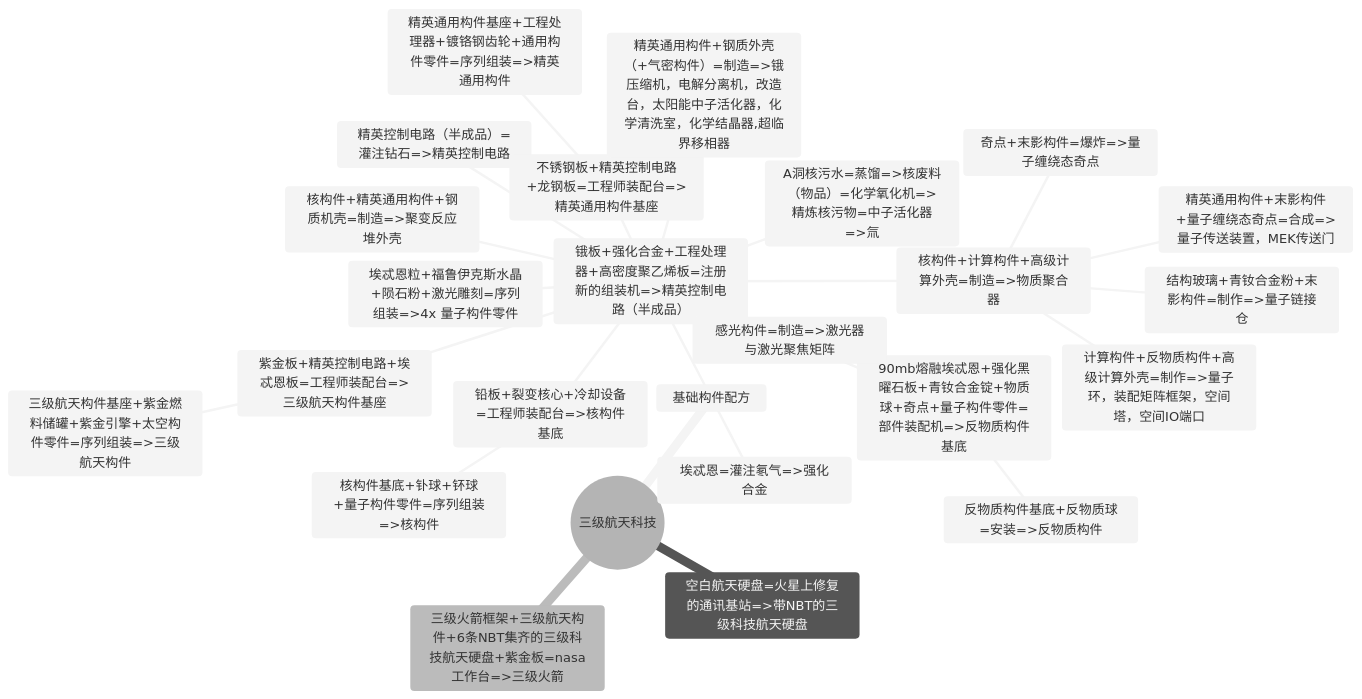
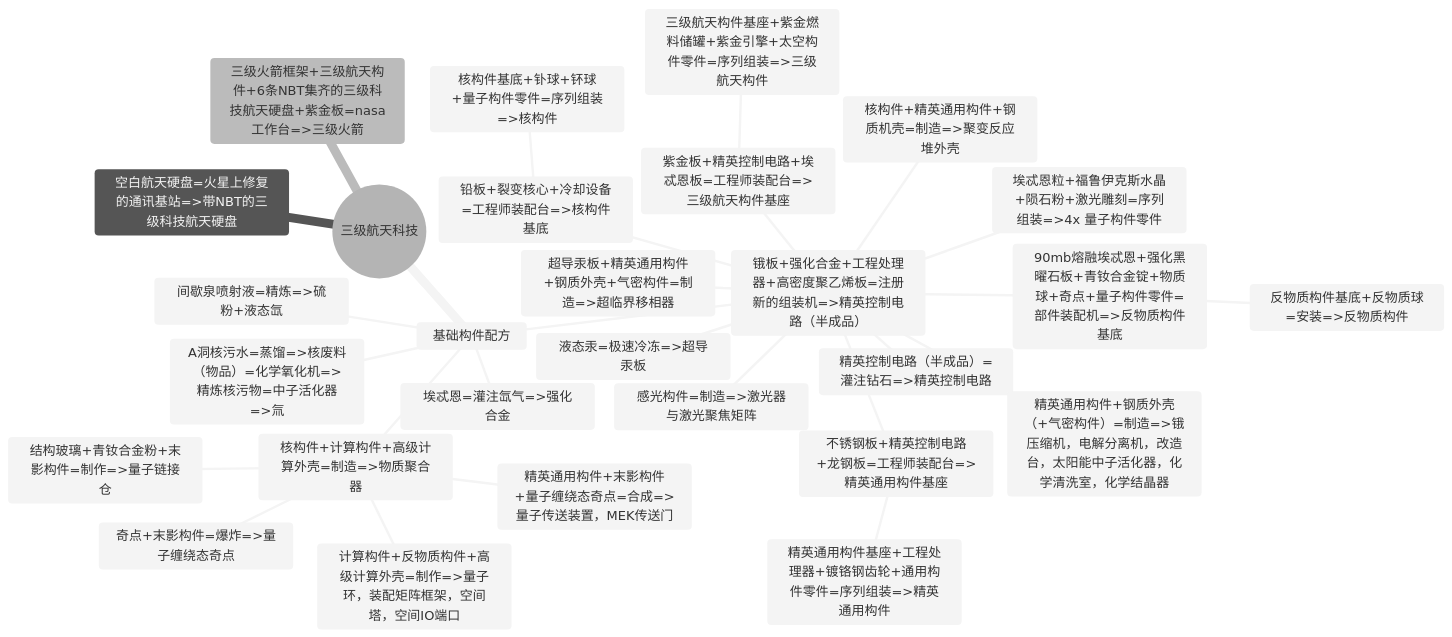
One commit to VechniMetel/CodeNameCIM2 changed the third of 4 diagrams in Developer/TechTreeMap.md. Above: the diagram before and after it, drawn with Mermaid (neutral theme). The commit also changed other lines of this file, not shown here.

Commit message:
间歇泉调整到火星

````diff
--- a/Developer/TechTreeMap.md
+++ b/Developer/TechTreeMap.md
@@ -82,28 +81,31 @@
 ``` mermaid
 mindmap
     root((三级航天科技))
         基础构件配方
-            埃忒恩=灌注氡气=>强化合金
-           锇板+强化合金+工程处理器+高密度聚乙烯板=注册新的组装机=>精英控制电路（半成品）
+            间歇泉喷射液=精炼=>硫粉+液态氙
+            埃忒恩=灌注氙气=>强化合金
+            锇板+强化合金+工程处理器+高密度聚乙烯板=注册新的组装机=>精英控制电路（半成品）
                 精英控制电路（半成品）=灌注钻石=>精英控制电路
                 紫金板+精英控制电路+埃忒恩板=工程师装配台=>三级航天构件基座
                     三级航天构件基座+紫金燃料储罐+紫金引擎+太空构件零件=序列组装=>三级航天构件
                 不锈钢板+精英控制电路+龙钢板=工程师装配台=>精英通用构件基座
                     精英通用构件基座+工程处理器+镀铬钢齿轮+通用构件零件=序列组装=>精英通用构件
                 埃忒恩粒+福鲁伊克斯水晶+陨石粉+激光雕刻=序列组装=>4x 量子构件零件
                 铅板+裂变核心+冷却设备=工程师装配台=>核构件基底
                     核构件基底+钋球+钚球+量子构件零件=序列组装=>核构件
                 90mb熔融埃忒恩+强化黑曜石板+青钕合金锭+物质球+奇点+量子构件零件=部件装配机=>反物质构件基底
                     反物质构件基底+反物质球=安装=>反物质构件
                 核构件+精英通用构件+钢质机壳=制造=>聚变反应堆外壳
                 感光构件=制造=>激光器与激光聚焦矩阵
-                精英通用构件+钢质外壳（+气密构件）=制造=>锇压缩机，电解分离机，改造台，太阳能中子活化器，化学清洗室，化学结晶器,超临界移相器
+                精英通用构件+钢质外壳（+气密构件）=制造=>锇压缩机，电解分离机，改造台，太阳能中子活化器，化学清洗室，化学结晶器
+                液态汞=极速冷冻=>超导汞板
+                超导汞板+精英通用构件+钢质外壳+气密构件=制造=>超临界移相器
             A洞核污水=蒸馏=>核废料（物品）=化学氧化机=>精炼核污物=中子活化器=>氚
             核构件+计算构件+高级计算外壳=制造=>物质聚合器
                 奇点+末影构件=爆炸=>量子缠绕态奇点
                 精英通用构件+末影构件+量子缠绕态奇点=合成=>量子传送装置，MEK传送门
                 计算构件+反物质构件+高级计算外壳=制作=>量子环，装配矩阵框架，空间塔，空间IO端口
                 结构玻璃+青钕合金粉+末影构件=制作=>量子链接仓
         空白航天硬盘=火星上修复的通讯基站=>带NBT的三级科技航天硬盘
         三级火箭框架+三级航天构件+6条NBT集齐的三级科技航天硬盘+紫金板=nasa工作台=>三级火箭
 ```
````
